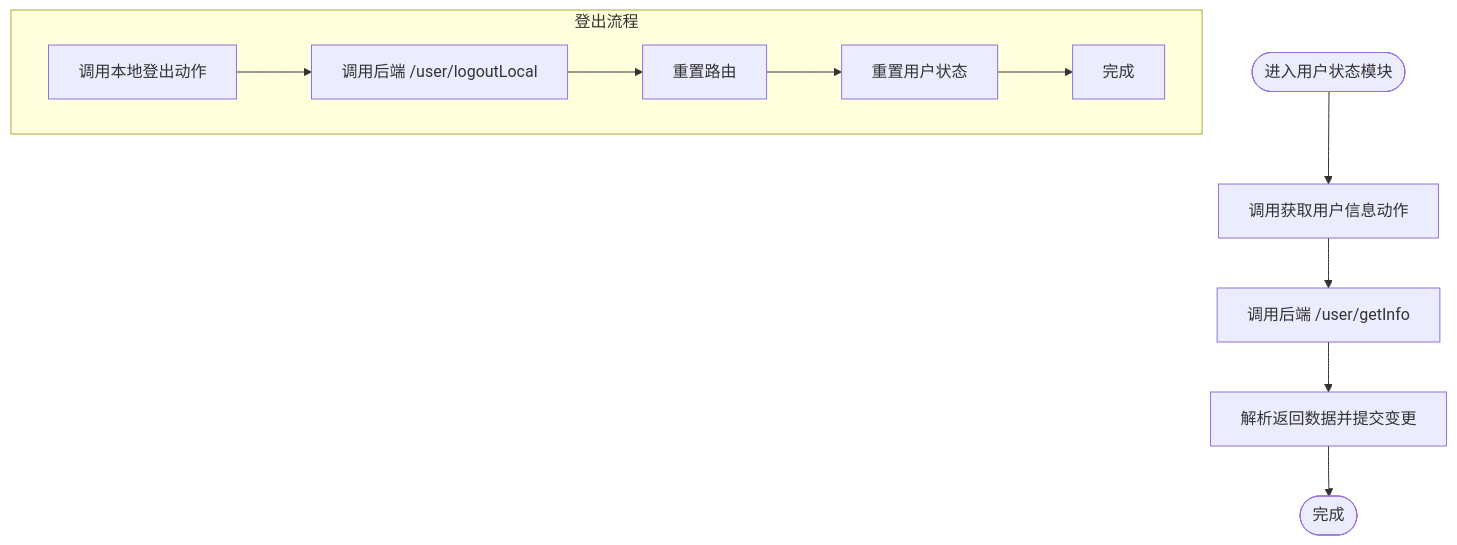
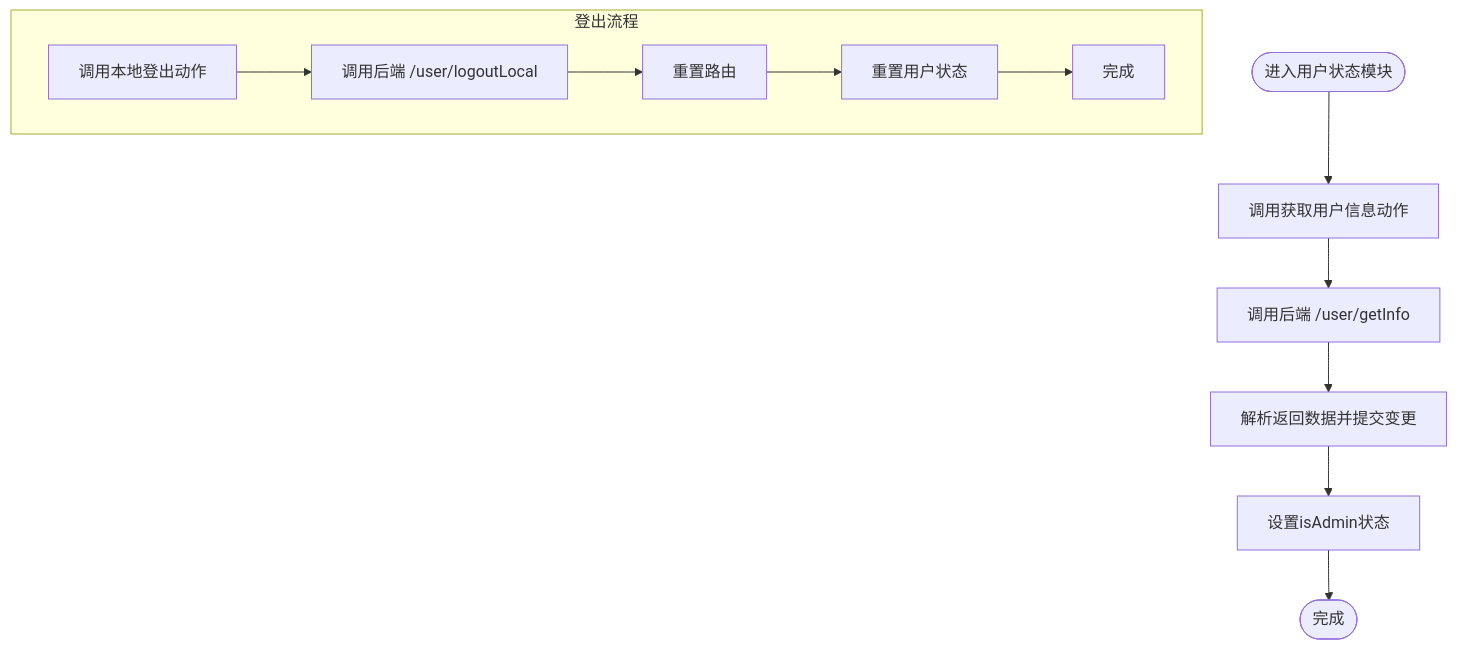
One commit to TinyMaD/SpeedRunnersLab changed the third of 11 diagrams in .qoder/repowiki/zh/content/前端应用/状态管理/用户状态模块.md. Above: the diagram before and after it, drawn with Mermaid. The commit also changed other lines of this file and 29 other files, not shown here.

````diff
--- a/.qoder/repowiki/zh/content/前端应用/状态管理/用户状态模块.md
+++ b/.qoder/repowiki/zh/content/前端应用/状态管理/用户状态模块.md
@@ -169,13 +197,14 @@
 ```mermaid
 flowchart TD
 Start(["进入用户状态模块"]) --> GetInfo["调用获取用户信息动作"]
 GetInfo --> CallAPI["调用后端 /user/getInfo"]
 CallAPI --> ParseData["解析返回数据并提交变更"]
-ParseData --> End(["完成"])
+ParseData --> SetAdmin["设置isAdmin状态"]
+SetAdmin --> End(["完成"])
 subgraph "登出流程"
 LogoutStart["调用本地登出动作"] --> CallLogout["调用后端 /user/logoutLocal"]
 CallLogout --> ResetRouter["重置路由"]
 ResetRouter --> ResetState["重置用户状态"]
 ResetState --> LogoutEnd["完成"]
 end
 ```
````
